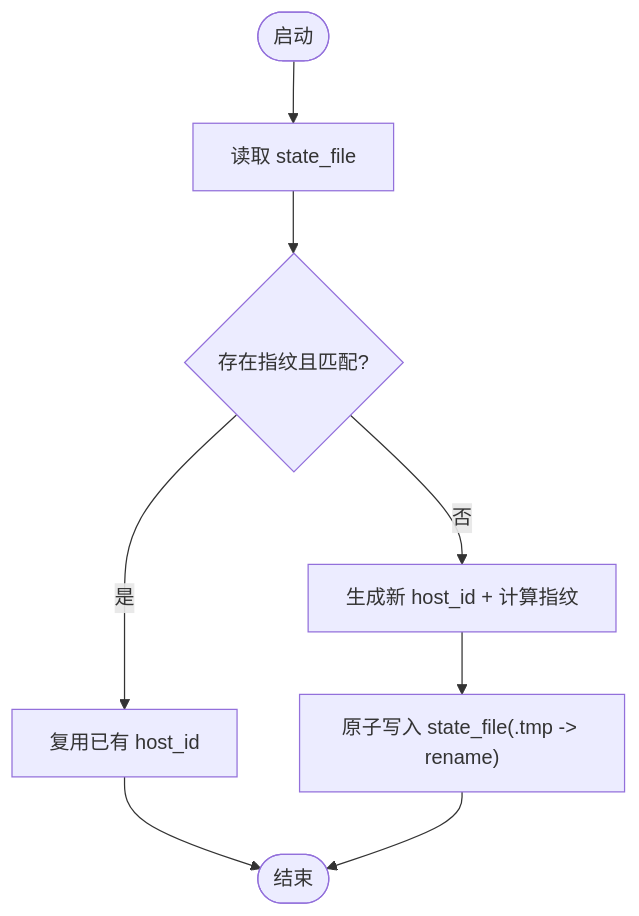
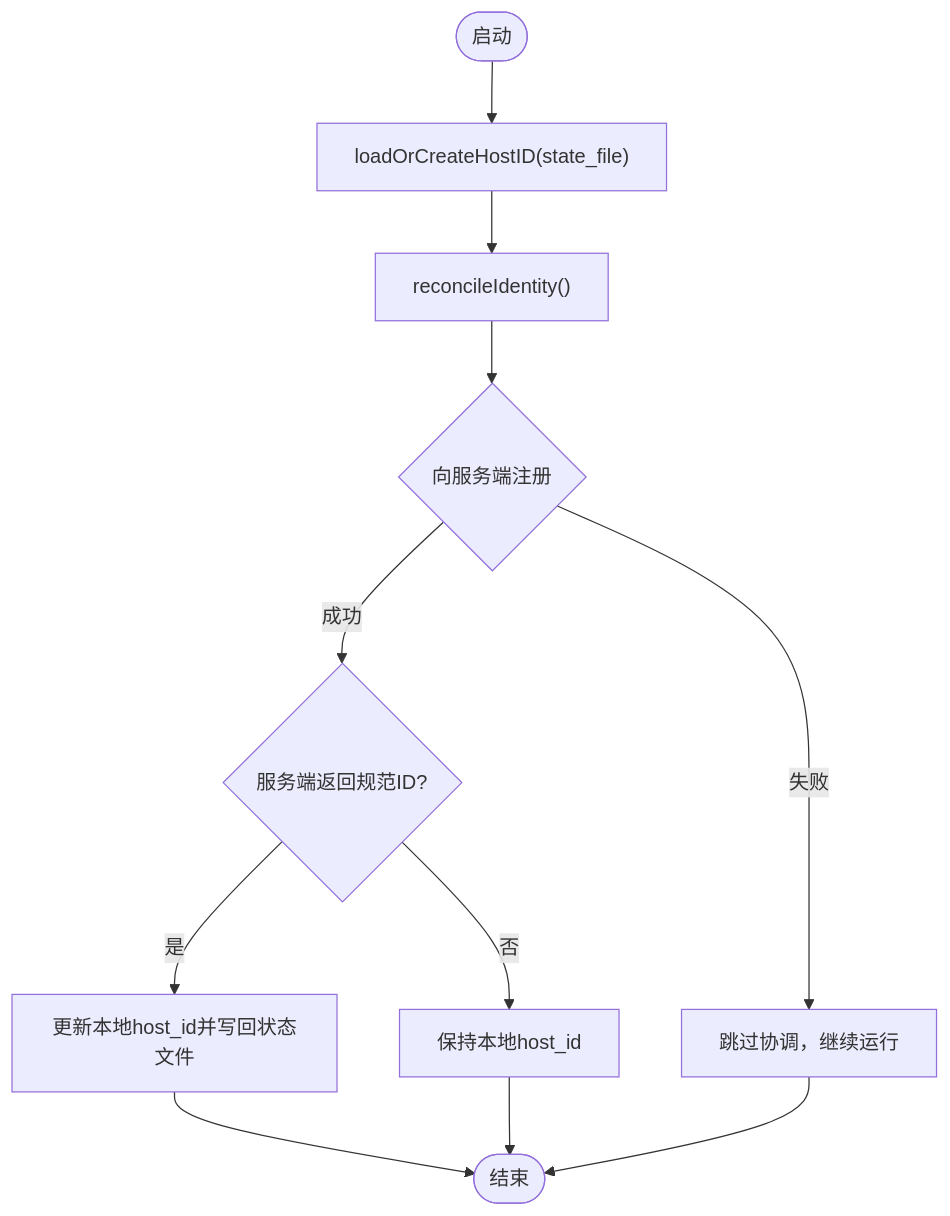
One commit to sreyun/aiops-monitor changed the fourth of 6 diagrams in .qoder/repowiki/zh/content/架构设计/Agent 客户端架构/Agent 核心架构.md. Above: the diagram before and after it, drawn with Mermaid. The commit also changed other lines of this file and 41 other files, not shown here.

````diff
--- a/.qoder/repowiki/zh/content/架构设计/Agent 客户端架构/Agent 核心架构.md
+++ b/.qoder/repowiki/zh/content/架构设计/Agent 客户端架构/Agent 核心架构.md
@@ -219,10 +290,13 @@
 ```mermaid
 flowchart TD
-Start(["启动"]) --> ReadState["读取 state_file"]
-ReadState --> HasFP{"存在指纹且匹配?"}
-HasFP --> |是| UseID["复用已有 host_id"]
-HasFP --> |否| GenID["生成新 host_id + 计算指纹"]
-GenID --> AtomicWrite["原子写入 state_file(.tmp -> rename)"]
-UseID --> End(["结束"])
-AtomicWrite --> End
+Start(["启动"]) --> LoadID["loadOrCreateHostID(state_file)"]
+LoadID --> Reconcile["reconcileIdentity()"]
+Reconcile --> Register{"向服务端注册"}
+Register --> |成功| GetCanonical{"服务端返回规范ID?"}
+GetCanonical --> |是| UpdateID["更新本地host_id并写回状态文件"]
+GetCanonical --> |否| KeepLocal["保持本地host_id"]
+Register --> |失败| SkipReconcile["跳过协调，继续运行"]
+UpdateID --> End(["结束"])
+KeepLocal --> End
+SkipReconcile --> End
 ```
````
